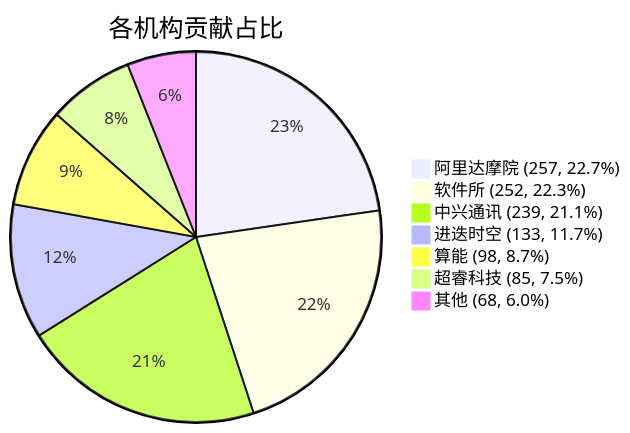
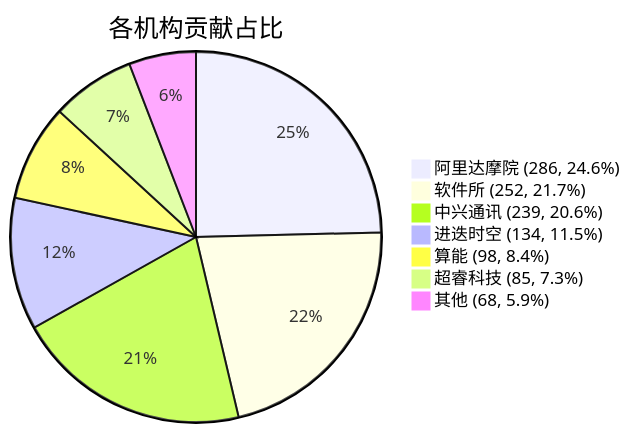
One commit to RVCK-Project/rvck changed the diagram in docs/index.md. Above: the diagram before and after it, drawn with Mermaid. The commit also changed other lines of this file and 8 other files, not shown here.

````diff
--- a/docs/index.md
+++ b/docs/index.md
@@ -31,10 +31,10 @@
 ```mermaid
 pie title 各机构贡献占比
-    "阿里达摩院 (257, 22.7%)" : 257
-    "软件所 (252, 22.3%)" : 252
-    "中兴通讯 (239, 21.1%)" : 239
-    "进迭时空 (133, 11.7%)" : 133
-    "算能 (98, 8.7%)" : 98
-    "超睿科技 (85, 7.5%)" : 85
-    "其他 (68, 6.0%)" : 68
+    "阿里达摩院 (286, 24.6%)" : 286
+    "软件所 (252, 21.7%)" : 252
+    "中兴通讯 (239, 20.6%)" : 239
+    "进迭时空 (134, 11.5%)" : 134
+    "算能 (98, 8.4%)" : 98
+    "超睿科技 (85, 7.3%)" : 85
+    "其他 (68, 5.9%)" : 68
 ```
````
